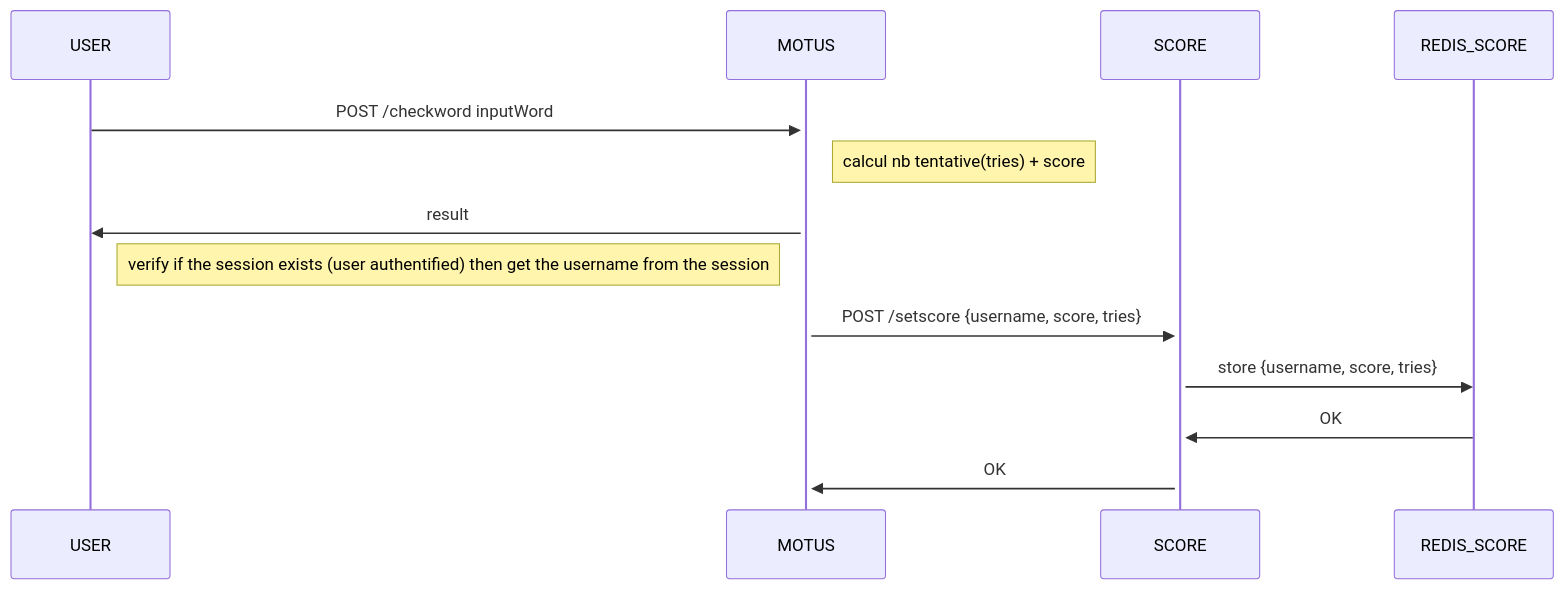
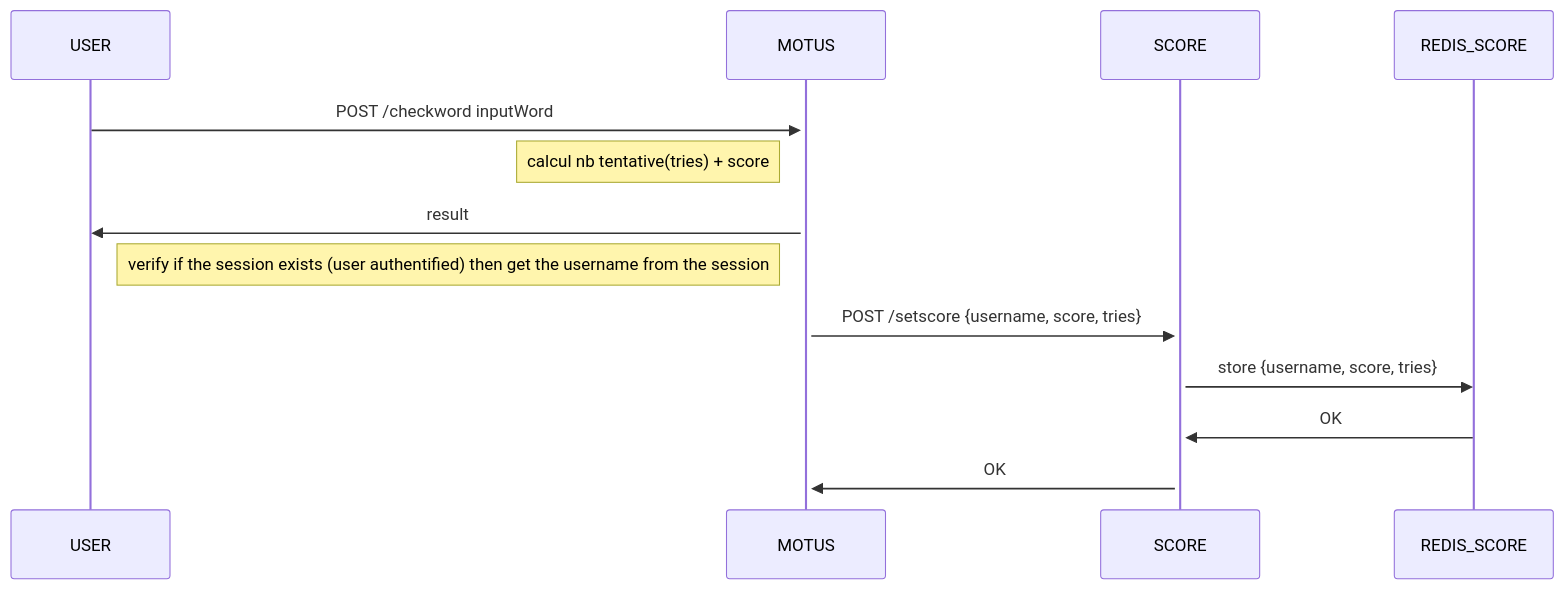
Before and after one commit to essadany/motus: the second of 3 diagrams in README.md, drawn with Mermaid. The commit also changed other lines of this file, not shown here.

````diff
--- a/README.md
+++ b/README.md
@@ -16,11 +16,11 @@
 ```mermaid
 sequenceDiagram
     USER->>+MOTUS:POST /checkword  inputWord
-    note right of MOTUS : calcul nb tentative(tries) + score
+    note left of MOTUS : calcul nb tentative(tries) + score
     MOTUS->>USER : result
     note left of MOTUS: verify if the session exists (user authentified) then get the username from the session
     MOTUS->>+SCORE : POST /setscore {username, score, tries}
     SCORE->>REDIS_SCORE : store {username, score, tries}
     REDIS_SCORE->>SCORE : OK
     SCORE->>MOTUS : OK
 ```
````
